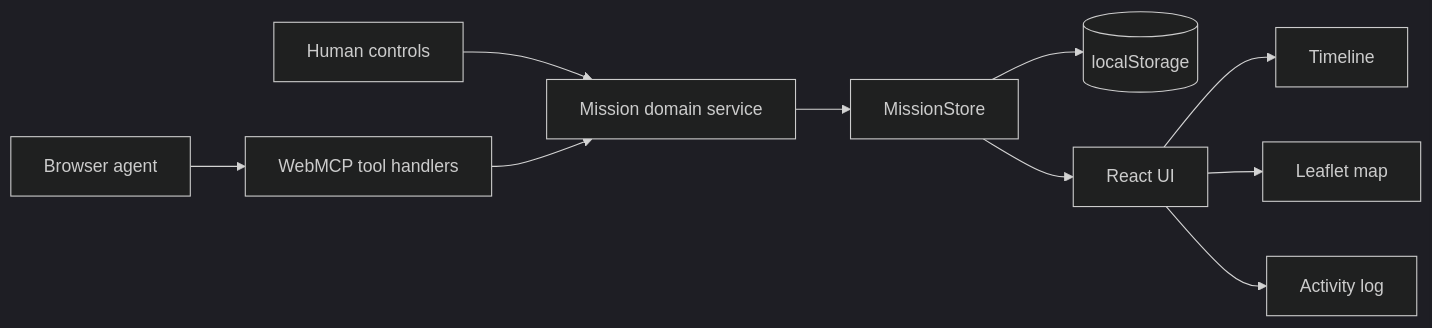
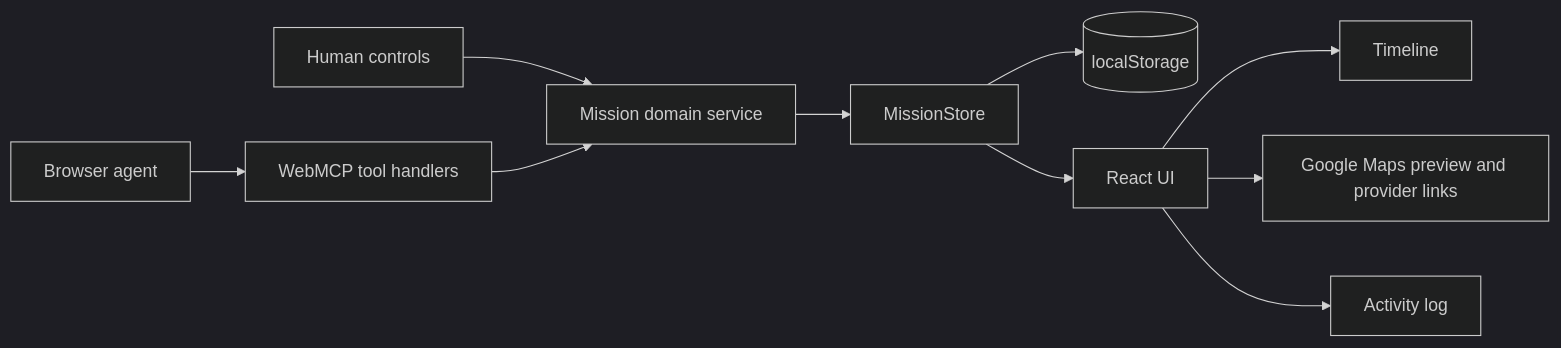
One commit to gmoskal/daymaker.fun changed the diagram in 02-sidequest-technical-execution-en.md. Above: the diagram before and after it, drawn with Mermaid (dark theme). The commit also changed other lines of this file and 27 other files, not shown here.

````diff
--- a/02-sidequest-technical-execution-en.md
+++ b/02-sidequest-technical-execution-en.md
@@ -159,12 +159,12 @@
 ```mermaid
 flowchart LR
   Human[Human controls] --> Service[Mission domain service]
   Agent[Browser agent] --> WebMCP[WebMCP tool handlers]
   WebMCP --> Service
   Service --> Store[MissionStore]
   Store --> Storage[(localStorage)]
   Store --> UI[React UI]
   UI --> Timeline[Timeline]
-  UI --> Map[Leaflet map]
+  UI --> Map[Google Maps preview and provider links]
   UI --> Log[Activity log]
 ```
````
